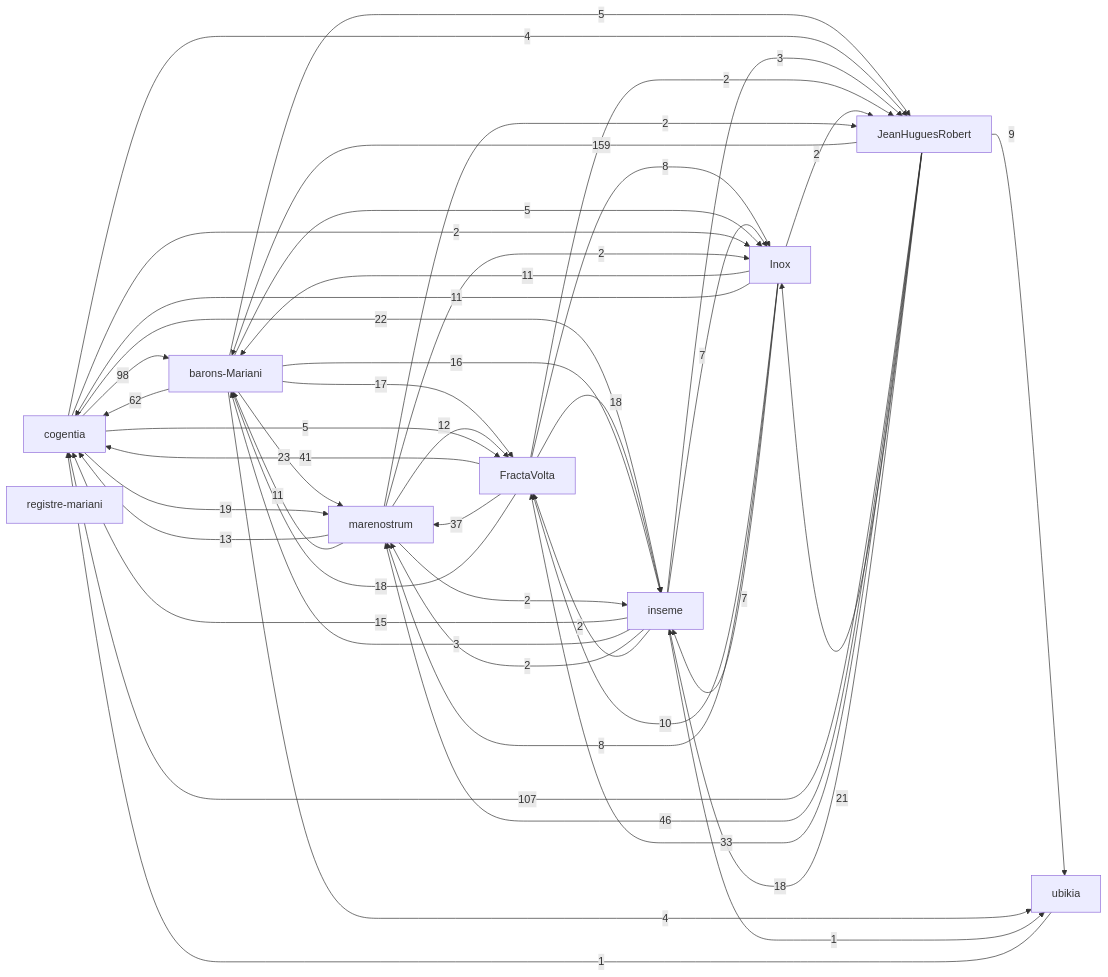
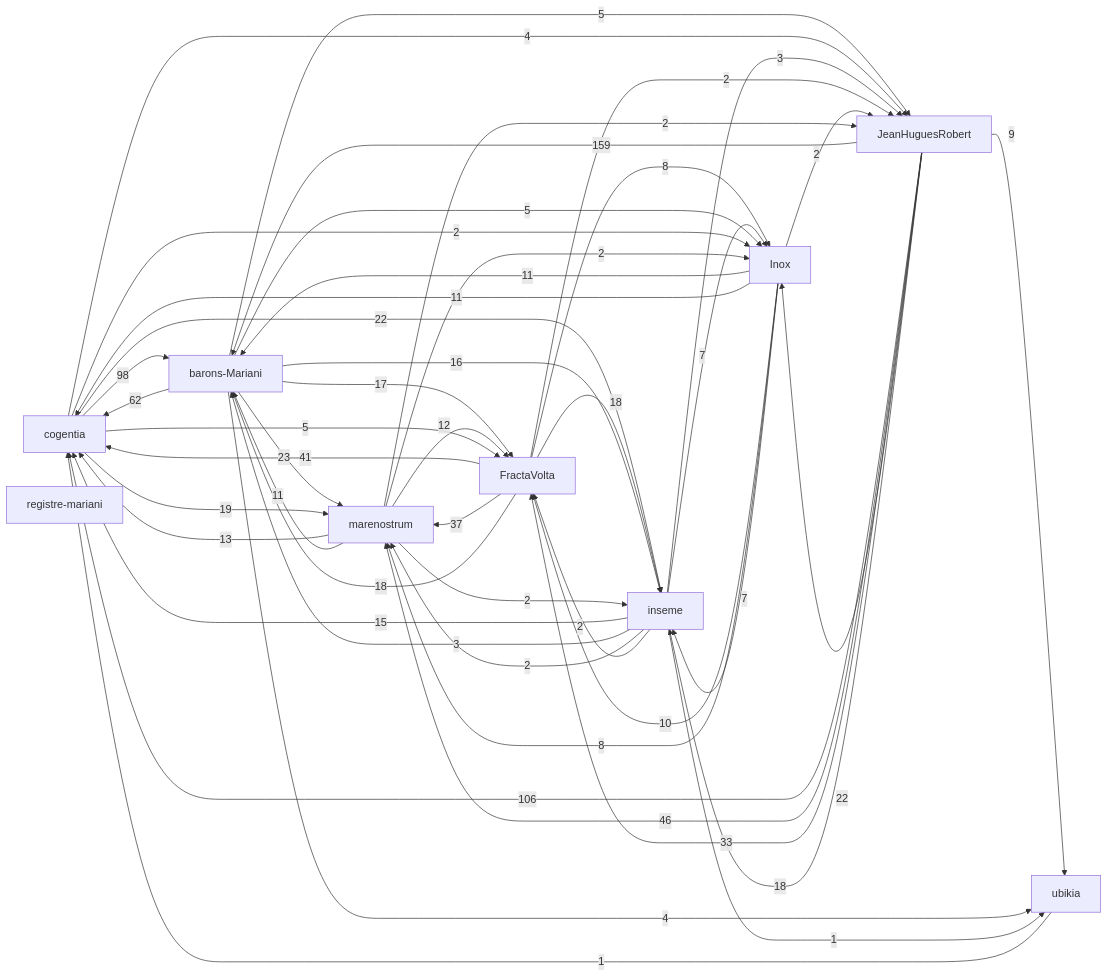
One commit to JeanHuguesRobert/FractaVolta changed the first of 2 diagrams in research/corpus-status.md. Above: the diagram before and after it, drawn with Mermaid.

Commit message:
Refresh final corpus status snapshot

````diff
--- a/research/corpus-status.md
+++ b/research/corpus-status.md
@@ -45,58 +45,58 @@
 ```mermaid
 graph LR
   r_cogentia["cogentia"]
   r_fractavolta["FractaVolta"]
   r_marenostrum["marenostrum"]
   r_barons_mariani["barons-Mariani"]
   r_inseme["inseme"]
   r_inox["Inox"]
   r_registre_mariani["registre-mariani"]
   r_ubikia["ubikia"]
   r_jeanhuguesrobert["JeanHuguesRobert"]
   r_jeanhuguesrobert -->|159| r_barons_mariani
-  r_jeanhuguesrobert -->|107| r_cogentia
+  r_jeanhuguesrobert -->|106| r_cogentia
   r_cogentia -->|98| r_barons_mariani
   r_barons_mariani -->|62| r_cogentia
   r_jeanhuguesrobert -->|46| r_marenostrum
   r_fractavolta -->|41| r_cogentia
   r_fractavolta -->|37| r_marenostrum
   r_jeanhuguesrobert -->|33| r_fractavolta
   r_barons_mariani -->|23| r_marenostrum
   r_cogentia -->|22| r_inseme
-  r_jeanhuguesrobert -->|21| r_inox
+  r_jeanhuguesrobert -->|22| r_inox
   r_cogentia -->|19| r_marenostrum
   r_fractavolta -->|18| r_inseme
   r_fractavolta -->|18| r_barons_mariani
   r_jeanhuguesrobert -->|18| r_inseme
   r_barons_mariani -->|17| r_fractavolta
   r_barons_mariani -->|16| r_inseme
   r_inseme -->|15| r_cogentia
   r_marenostrum -->|13| r_cogentia
   r_marenostrum -->|12| r_fractavolta
   r_inox -->|11| r_barons_mariani
   r_inox -->|11| r_cogentia
   r_marenostrum -->|11| r_barons_mariani
   r_inox -->|10| r_fractavolta
   r_jeanhuguesrobert -->|9| r_ubikia
   r_fractavolta -->|8| r_inox
   r_inox -->|8| r_marenostrum
   r_inox -->|7| r_inseme
   r_inseme -->|7| r_inox
   r_barons_mariani -->|5| r_inox
   r_barons_mariani -->|5| r_jeanhuguesrobert
   r_cogentia -->|5| r_fractavolta
   r_barons_mariani -->|4| r_ubikia
   r_cogentia -->|4| r_jeanhuguesrobert
   r_inseme -->|3| r_barons_mariani
   r_inseme -->|3| r_jeanhuguesrobert
   r_cogentia -->|2| r_inox
   r_fractavolta -->|2| r_jeanhuguesrobert
   r_inox -->|2| r_jeanhuguesrobert
   r_inseme -->|2| r_marenostrum
   r_inseme -->|2| r_fractavolta
   r_marenostrum -->|2| r_jeanhuguesrobert
   r_marenostrum -->|2| r_inseme
   r_marenostrum -->|2| r_inox
   r_inseme -->|1| r_ubikia
   r_ubikia -->|1| r_cogentia
 ```
````
